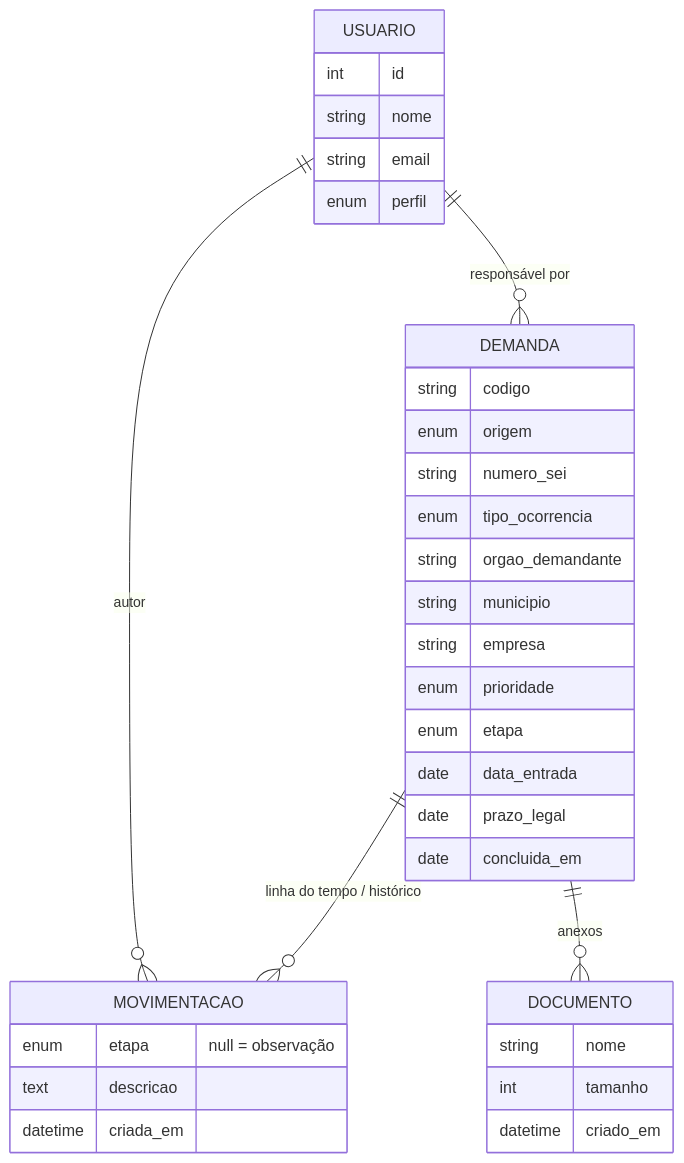
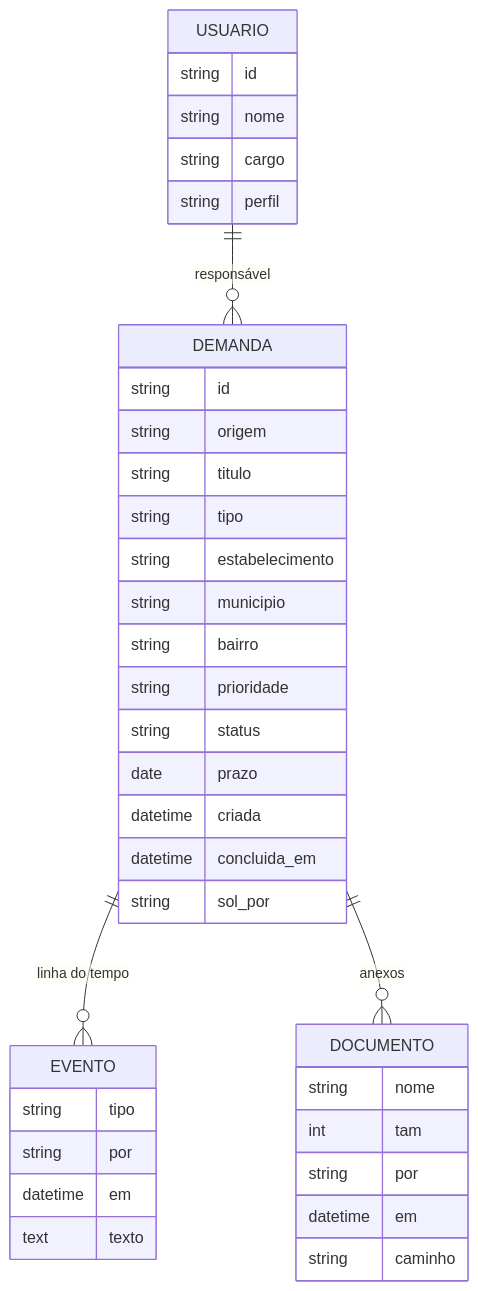
Before and after one commit to lucasdeSrodrigues/VISAT-Manager: the second of 3 diagrams in docs/arquitetura.md, drawn with Mermaid. The commit also changed other lines of this file and 4 other files, not shown here.

````diff
--- a/docs/arquitetura.md
+++ b/docs/arquitetura.md
@@ -45,11 +57,10 @@
 ```mermaid
 erDiagram
-    USUARIO ||--o{ DEMANDA : "responsável por"
-    DEMANDA ||--o{ MOVIMENTACAO : "linha do tempo / histórico"
+    USUARIO ||--o{ DEMANDA : "responsável"
+    DEMANDA ||--o{ EVENTO : "linha do tempo"
     DEMANDA ||--o{ DOCUMENTO : "anexos"
-    USUARIO ||--o{ MOVIMENTACAO : "autor"
-    USUARIO { int id string nome string email enum perfil }
-    DEMANDA { string codigo enum origem string numero_sei enum tipo_ocorrencia string orgao_demandante string municipio string empresa enum prioridade enum etapa date data_entrada date prazo_legal date concluida_em }
-    MOVIMENTACAO { enum etapa "null = observação" text descricao datetime criada_em }
-    DOCUMENTO { string nome int tamanho datetime criado_em }
+    USUARIO { string id string nome string cargo string perfil }
+    DEMANDA { string id string origem string titulo string tipo string estabelecimento string municipio string bairro string prioridade string status date prazo datetime criada datetime concluida_em string sol_por }
+    EVENTO { string tipo string por datetime em text texto }
+    DOCUMENTO { string nome int tam string por datetime em string caminho }
 ```
````
